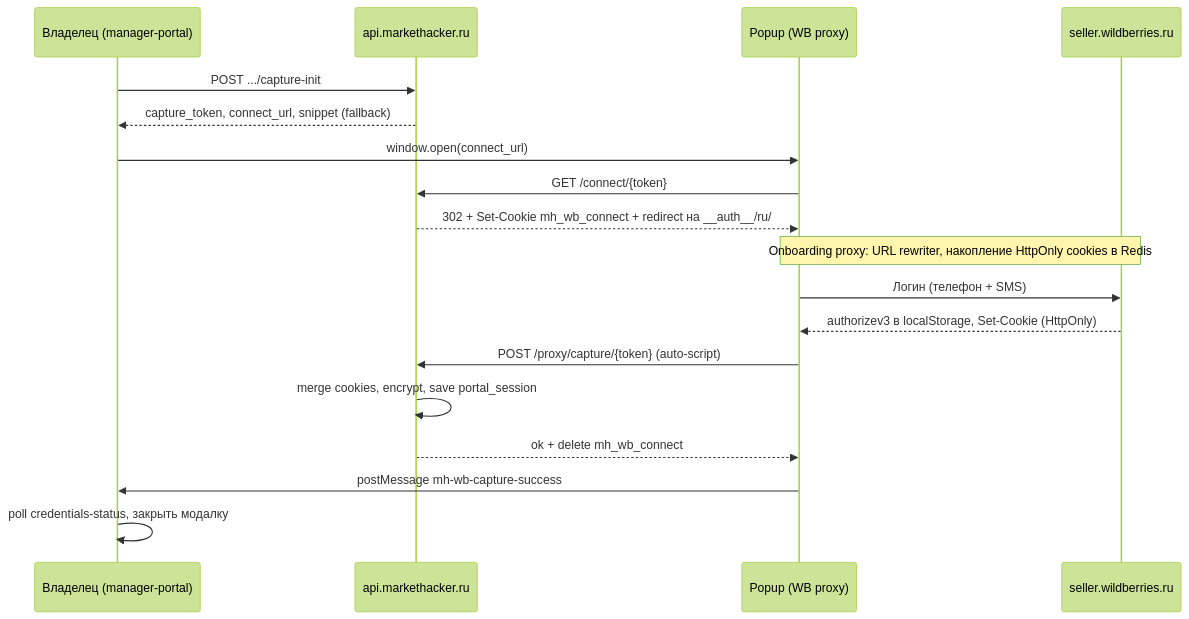
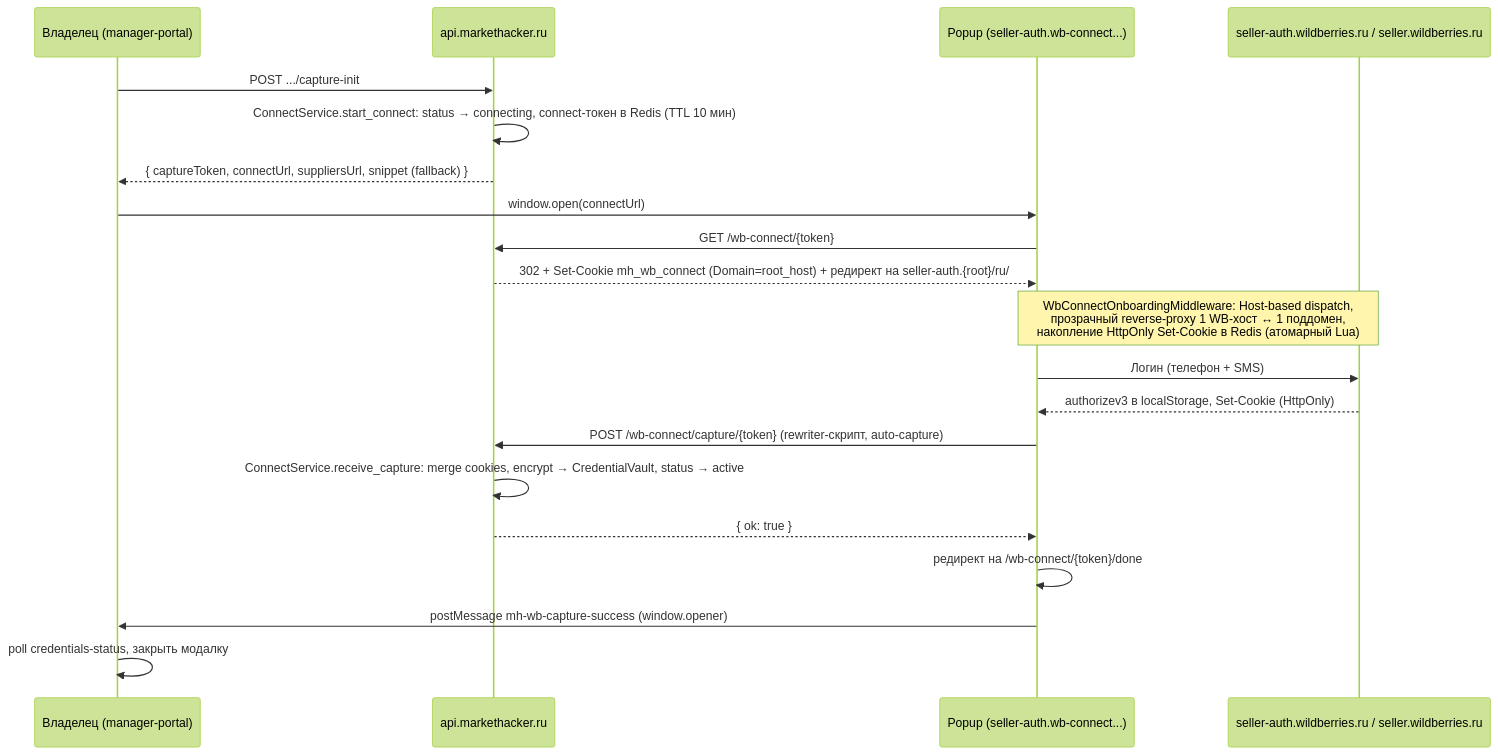
Before and after one commit to MarketHackerLabs/docs: the second of 2 diagrams in architecture/wb-portal-proxy.md, drawn with Mermaid (forest theme). The commit also changed other lines of this file and 11 other files, not shown here.

Commit message:
Обновить документацию по архитектуре и API: заменить упоминания о WB Portal Proxy на WB Gateway, уточнить детали работы с Guided Connect, обновить описание моделей данных и кэширования. Обновить README.md для отражения изменений в архитектуре и функциональности.

````diff
--- a/architecture/wb-portal-proxy.md
+++ b/architecture/wb-portal-proxy.md
@@ -107,26 +136,28 @@
 ```mermaid
 sequenceDiagram
     participant O as Владелец (manager-portal)
     participant API as api.markethacker.ru
-    participant Popup as Popup (WB proxy)
-    participant WB as seller.wildberries.ru
+    participant Popup as Popup (seller-auth.wb-connect...)
+    participant WB as seller-auth.wildberries.ru / seller.wildberries.ru
 
     O->>API: POST .../capture-init
-    API-->>O: capture_token, connect_url, snippet (fallback)
+    API->>API: ConnectService.start_connect: status → connecting, connect-токен в Redis (TTL 10 мин)
+    API-->>O: { captureToken, connectUrl, suppliersUrl, snippet (fallback) }
 
-    O->>Popup: window.open(connect_url)
-    Popup->>API: GET /connect/{token}
-    API-->>Popup: 302 + Set-Cookie mh_wb_connect + redirect на __auth__/ru/
+    O->>Popup: window.open(connectUrl)
+    Popup->>API: GET /wb-connect/{token}
+    API-->>Popup: 302 + Set-Cookie mh_wb_connect (Domain=root_host) + редирект на seller-auth.{root}/ru/
 
-    Note over Popup,WB: Onboarding proxy: URL rewriter, накопление HttpOnly cookies в Redis
+    Note over Popup,WB: WbConnectOnboardingMiddleware: Host-based dispatch,<br/>прозрачный reverse-proxy 1 WB-хост ↔ 1 поддомен,<br/>накопление HttpOnly Set-Cookie в Redis (атомарный Lua)
 
     Popup->>WB: Логин (телефон + SMS)
     WB-->>Popup: authorizev3 в localStorage, Set-Cookie (HttpOnly)
 
-    Popup->>API: POST /proxy/capture/{token} (auto-script)
-    API->>API: merge cookies, encrypt, save portal_session
-    API-->>Popup: ok + delete mh_wb_connect
+    Popup->>API: POST /wb-connect/capture/{token} (rewriter-скрипт, auto-capture)
+    API->>API: ConnectService.receive_capture: merge cookies, encrypt → CredentialVault, status → active
+    API-->>Popup: { ok: true }
 
-    Popup->>O: postMessage mh-wb-capture-success
+    Popup->>Popup: редирект на /wb-connect/{token}/done
+    Popup->>O: postMessage mh-wb-capture-success (window.opener)
     O->>O: poll credentials-status, закрыть модалку
 ```
````
